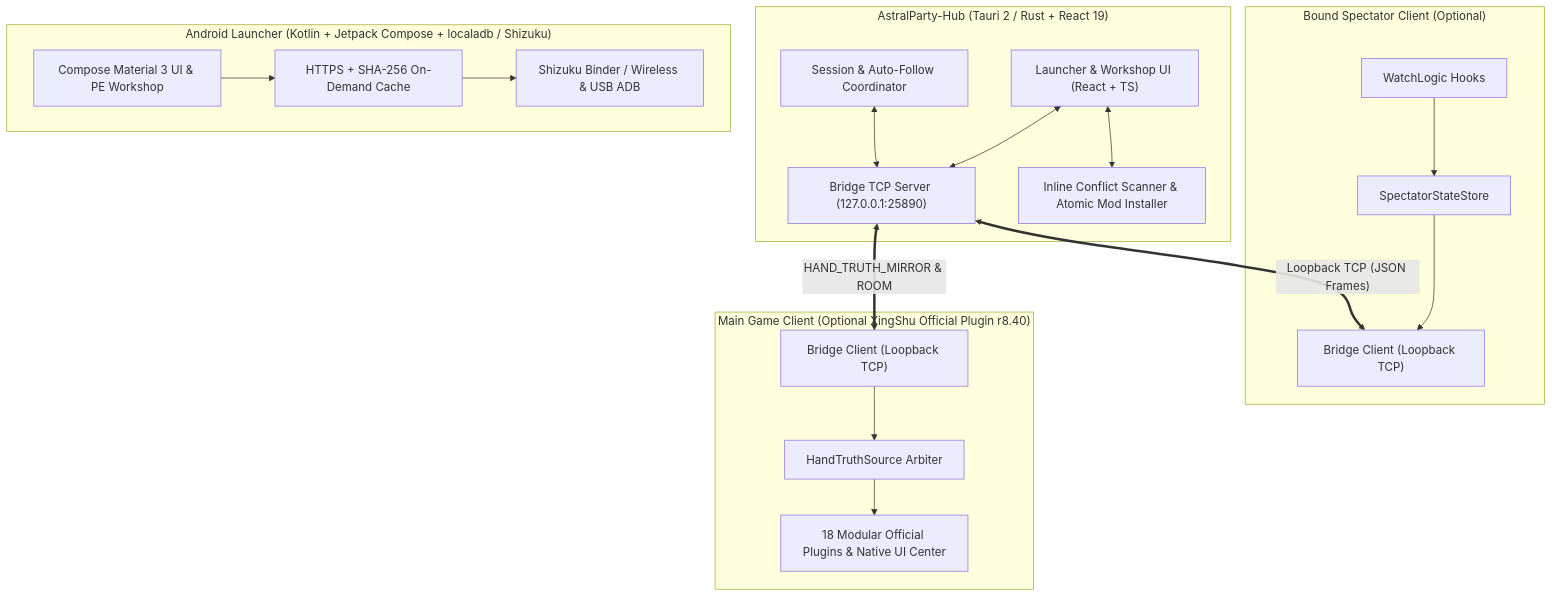
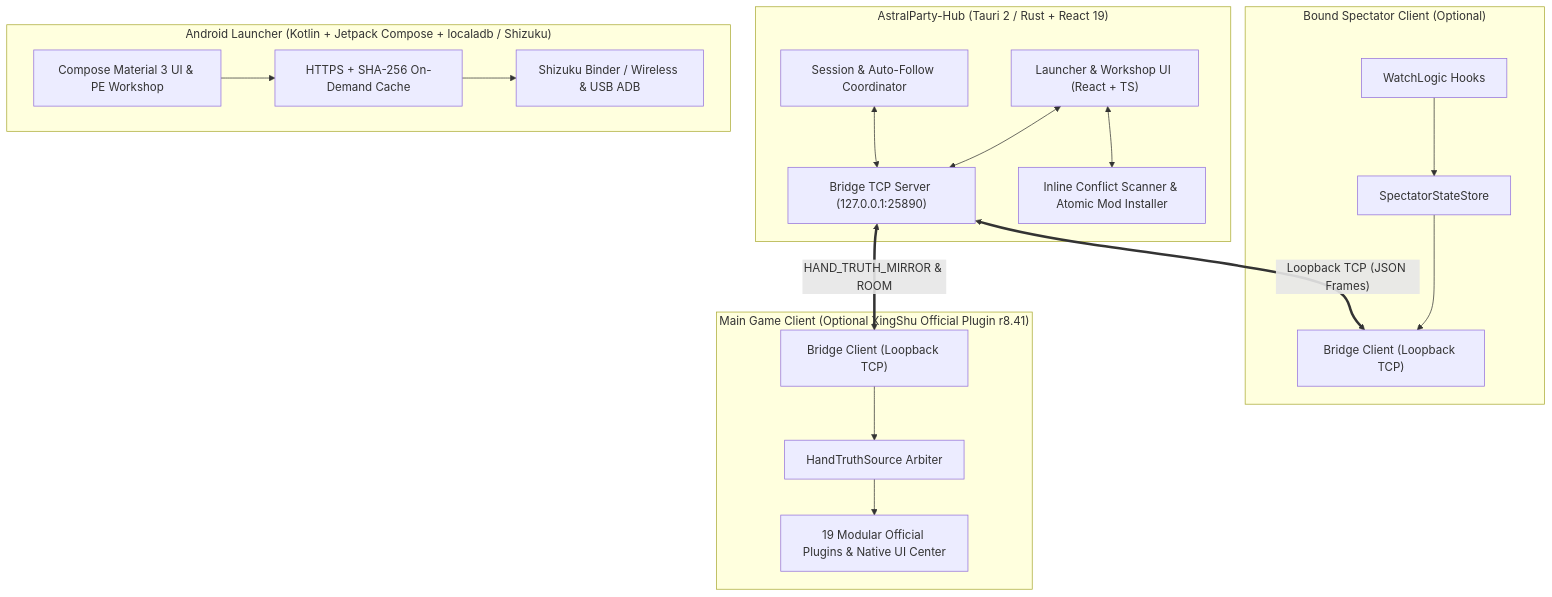
The diagram in README.md (Breezecaresses/AstralParty-XingShu), drawn with Mermaid before and after one commit. The commit also changed other lines of this file and 68 other files, not shown here.

````diff
--- a/README.md
+++ b/README.md
@@ -73,36 +73,36 @@
 ```mermaid
 flowchart TD
     subgraph Hub["AstralParty-Hub (Tauri 2 / Rust + React 19)"]
         UI["Launcher & Workshop UI (React + TS)"]
         FSM["Session & Auto-Follow Coordinator"]
         TCPServer["Bridge TCP Server (127.0.0.1:25890)"]
         Workshop["Inline Conflict Scanner & Atomic Mod Installer"]
         UI <--> TCPServer
         UI <--> Workshop
         FSM <--> TCPServer
     end
 
     subgraph RuntimeSpectator["Bound Spectator Client (Optional)"]
         SpecHook["WatchLogic Hooks"]
         SpecStore["SpectatorStateStore"]
         SpecBridge["Bridge Client (Loopback TCP)"]
         SpecHook --> SpecStore --> SpecBridge
     end
 
-    subgraph RuntimeMain["Main Game Client (Optional XingShu Official Plugin r8.40)"]
+    subgraph RuntimeMain["Main Game Client (Optional XingShu Official Plugin r8.41)"]
         MainBridge["Bridge Client (Loopback TCP)"]
         TruthSource["HandTruthSource Arbiter"]
-        Modules["18 Modular Official Plugins & Native UI Center"]
+        Modules["19 Modular Official Plugins & Native UI Center"]
         MainBridge --> TruthSource --> Modules
     end
 
     subgraph AndroidApp["Android Launcher (Kotlin + Jetpack Compose + localadb / Shizuku)"]
         MobileUI["Compose Material 3 UI & PE Workshop"]
         PayloadMgr["HTTPS + SHA-256 On-Demand Cache"]
         Privileged["Shizuku Binder / Wireless & USB ADB"]
         MobileUI --> PayloadMgr --> Privileged
     end
 
     TCPServer <== "Loopback TCP (JSON Frames)" ==> SpecBridge
     TCPServer <== "HAND_TRUTH_MIRROR & ROOM" ==> MainBridge
 ```
````
